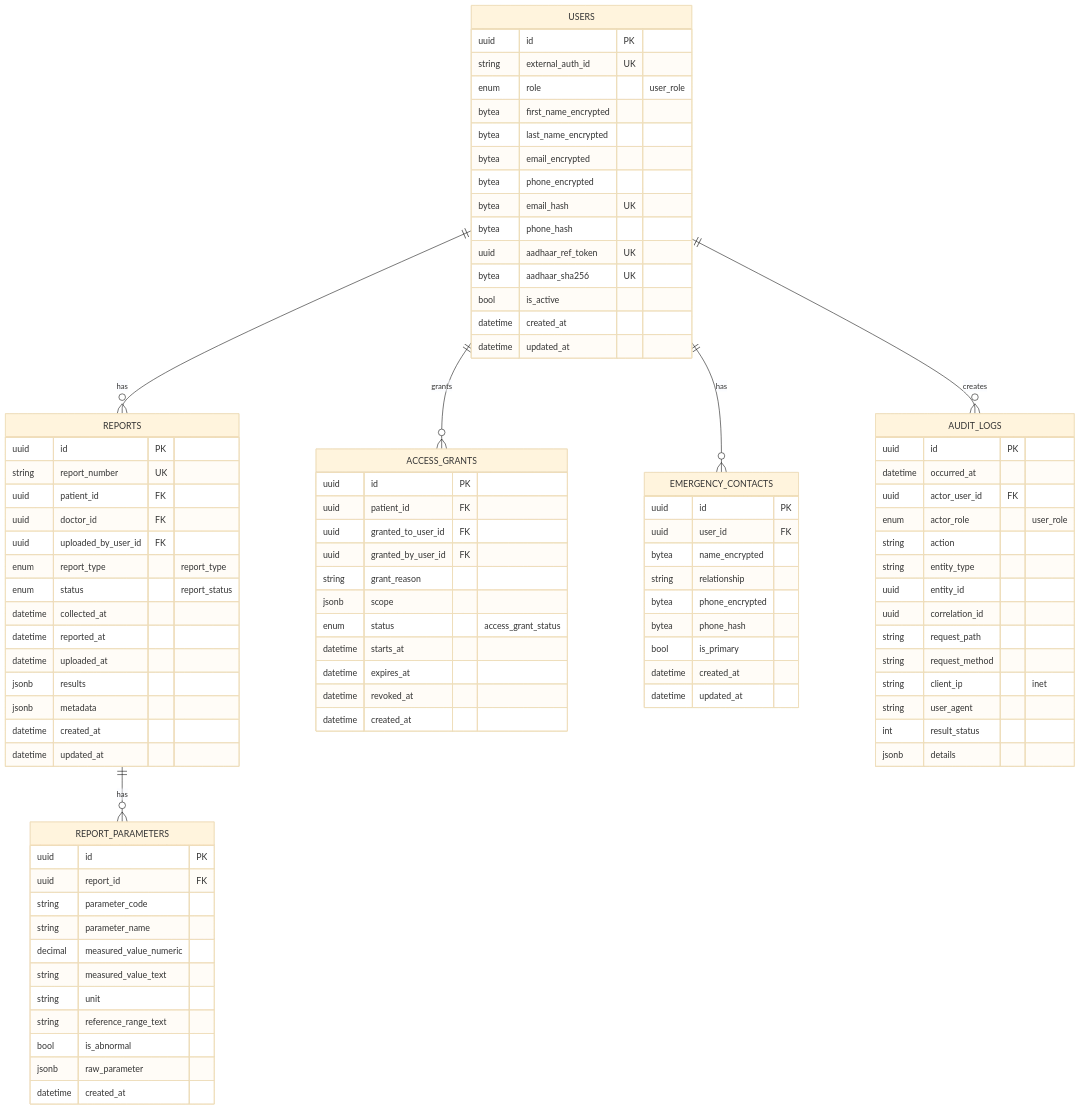
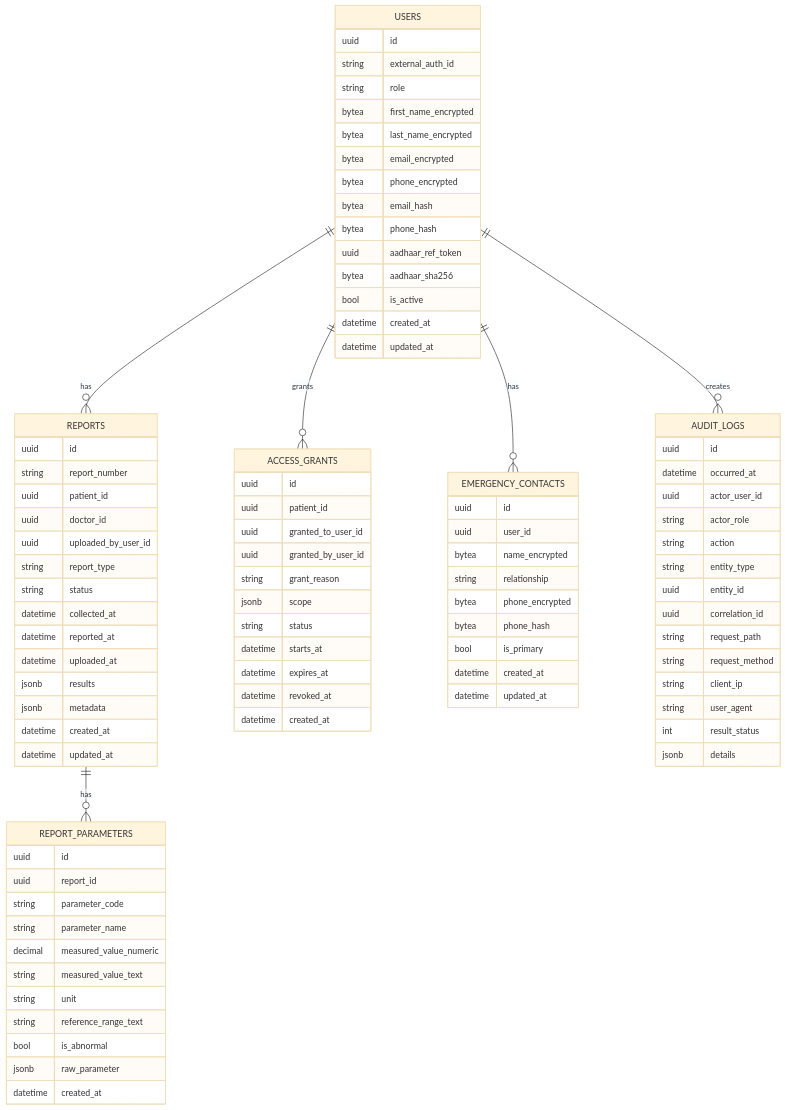
The diagram in docs/database/core-schema.md (kinveetech/AarogyaBackend), drawn with Mermaid (base theme) before and after one commit.

Commit message:
docs: use strict mermaid erd syntax

```diff
--- a/docs/database/core-schema.md
+++ b/docs/database/core-schema.md
@@ -21,30 +21,30 @@
   USERS ||--o{ AUDIT_LOGS : creates
 
   USERS {
-    uuid id PK
-    string external_auth_id UK
-    enum role "user_role"
+    uuid id
+    string external_auth_id
+    string role
     bytea first_name_encrypted
     bytea last_name_encrypted
     bytea email_encrypted
     bytea phone_encrypted
-    bytea email_hash UK
+    bytea email_hash
     bytea phone_hash
-    uuid aadhaar_ref_token UK
-    bytea aadhaar_sha256 UK
+    uuid aadhaar_ref_token
+    bytea aadhaar_sha256
     bool is_active
     datetime created_at
     datetime updated_at
   }
 
   REPORTS {
-    uuid id PK
-    string report_number UK
-    uuid patient_id FK
-    uuid doctor_id FK
-    uuid uploaded_by_user_id FK
-    enum report_type "report_type"
-    enum status "report_status"
+    uuid id
+    string report_number
+    uuid patient_id
+    uuid doctor_id
+    uuid uploaded_by_user_id
+    string report_type
+    string status
     datetime collected_at
     datetime reported_at
     datetime uploaded_at
@@ -55,8 +55,8 @@
   }
 
   REPORT_PARAMETERS {
-    uuid id PK
-    uuid report_id FK
+    uuid id
+    uuid report_id
     string parameter_code
     string parameter_name
     decimal measured_value_numeric
@@ -69,13 +69,13 @@
   }
 
   ACCESS_GRANTS {
-    uuid id PK
-    uuid patient_id FK
-    uuid granted_to_user_id FK
-    uuid granted_by_user_id FK
+    uuid id
+    uuid patient_id
+    uuid granted_to_user_id
+    uuid granted_by_user_id
     string grant_reason
     jsonb scope
-    enum status "access_grant_status"
+    string status
     datetime starts_at
     datetime expires_at
     datetime revoked_at
@@ -83,8 +83,8 @@
   }
 
   EMERGENCY_CONTACTS {
-    uuid id PK
-    uuid user_id FK
+    uuid id
+    uuid user_id
     bytea name_encrypted
     string relationship
     bytea phone_encrypted
@@ -95,17 +95,17 @@
   }
 
   AUDIT_LOGS {
-    uuid id PK
+    uuid id
     datetime occurred_at
-    uuid actor_user_id FK
-    enum actor_role "user_role"
+    uuid actor_user_id
+    string actor_role
     string action
     string entity_type
     uuid entity_id
     uuid correlation_id
     string request_path
     string request_method
-    string client_ip "inet"
+    string client_ip
     string user_agent
     int result_status
     jsonb details
```
